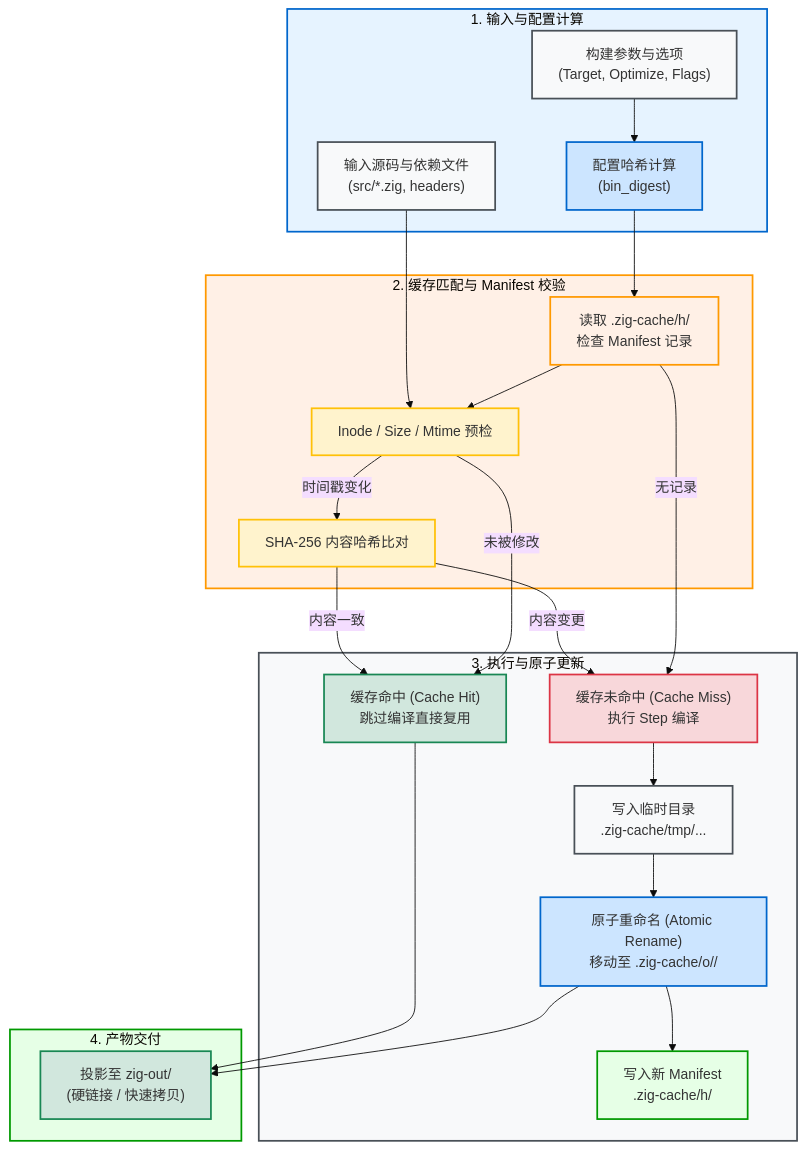
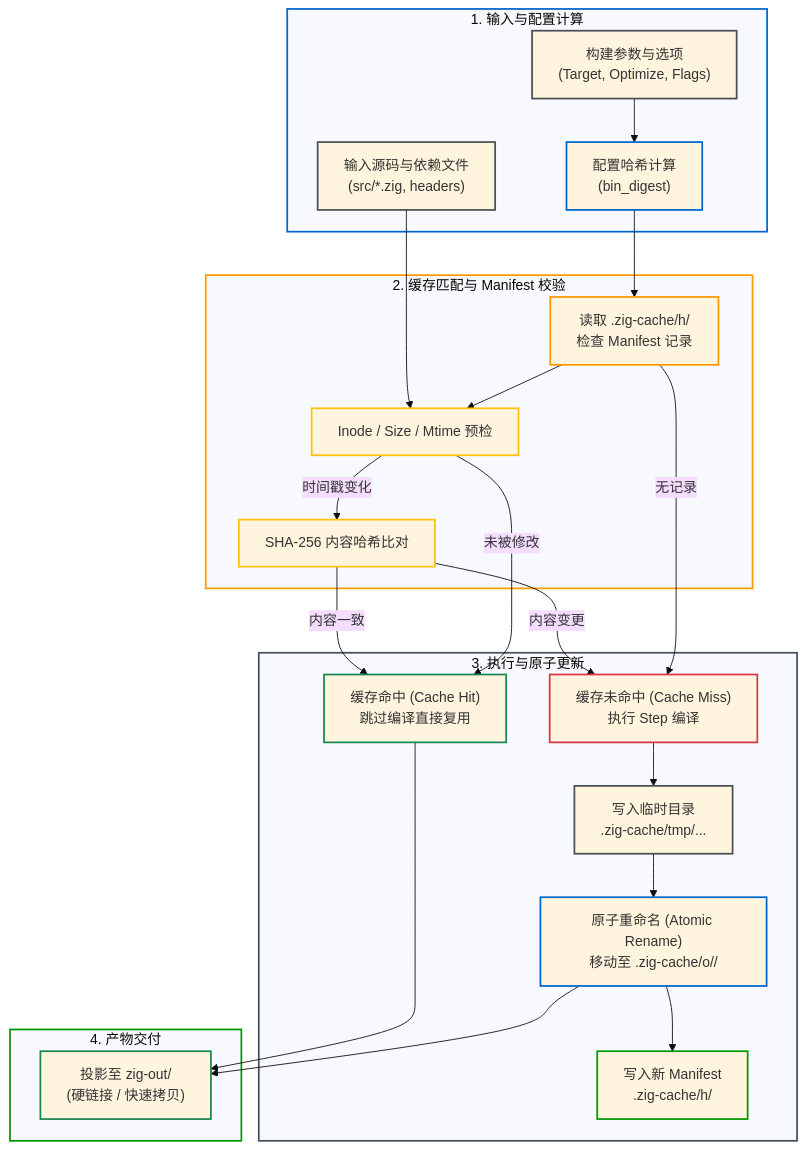
The second of 2 diagrams in zig-build/src/concepts/package-and-cache.md (jiacai2050/x), drawn with Mermaid (base theme) before and after one commit. The commit also changed other lines of this file and 65 other files, not shown here.

````diff
--- a/zig-build/src/concepts/package-and-cache.md
+++ b/zig-build/src/concepts/package-and-cache.md
@@ -195,63 +195,63 @@
 ```mermaid
 graph TD
     subgraph S_Inputs ["1. 输入与配置计算"]
         Cfg["构建参数与选项<br/>(Target, Optimize, Flags)"]
         Src["输入源码与依赖文件<br/>(src/*.zig, headers)"]
         Hash1["配置哈希计算<br/>(bin_digest)"]
 
         Cfg --> Hash1
     end
 
     subgraph S_Cache ["2. 缓存匹配与 Manifest 校验"]
         M_Check["读取 .zig-cache/h/<digest><br/>检查 Manifest 记录"]
         Fast_Stat["Inode / Size / Mtime 预检"]
         Sha_Check["SHA-256 内容哈希比对"]
 
         Hash1 --> M_Check
         Src --> Fast_Stat
         M_Check --> Fast_Stat
         Fast_Stat -- "时间戳变化" --> Sha_Check
     end
 
     subgraph S_Exec ["3. 执行与原子更新"]
         Hit["缓存命中 (Cache Hit)<br/>跳过编译直接复用"]
         Miss["缓存未命中 (Cache Miss)<br/>执行 Step 编译"]
         Tmp["写入临时目录<br/>.zig-cache/tmp/..."]
         Atomic["原子重命名 (Atomic Rename)<br/>移动至 .zig-cache/o/<digest>/"]
         M_Write["写入新 Manifest<br/>.zig-cache/h/<digest>"]
 
         Sha_Check -- "内容一致" --> Hit
         Fast_Stat -- "未被修改" --> Hit
         Sha_Check -- "内容变更" --> Miss
         M_Check -- "无记录" --> Miss
         Miss --> Tmp
         Tmp --> Atomic
         Atomic --> M_Write
     end
 
     subgraph S_Install ["4. 产物交付"]
         Out["投影至 zig-out/<br/>(硬链接 / 快速拷贝)"]
 
         Hit --> Out
         Atomic --> Out
     end
 
-    classDef default fill:#f8f9fa,stroke:#495057;
-    style S_Inputs fill:#e6f3ff,stroke:#0066cc,stroke-width:2px;
-    style S_Cache fill:#fff0e6,stroke:#ff9900,stroke-width:2px;
-    style S_Exec fill:#f8f9fa,stroke:#495057,stroke-width:2px;
-    style S_Install fill:#e6ffe6,stroke:#009900,stroke-width:2px;
+    classDef default stroke:#495057;
+    style S_Inputs stroke:#0066cc,stroke-width:2px;
+    style S_Cache stroke:#ff9900,stroke-width:2px;
+    style S_Exec stroke:#495057,stroke-width:2px;
+    style S_Install stroke:#009900,stroke-width:2px;
 
-    style Cfg fill:#f8f9fa,stroke:#495057,stroke-width:2px;
-    style Src fill:#f8f9fa,stroke:#495057,stroke-width:2px;
-    style Hash1 fill:#cce5ff,stroke:#0066cc,stroke-width:2px;
-    style M_Check fill:#fff0e6,stroke:#ff9900,stroke-width:2px;
-    style Fast_Stat fill:#fff3cd,stroke:#ffc107,stroke-width:2px;
-    style Sha_Check fill:#fff3cd,stroke:#ffc107,stroke-width:2px;
-    style Hit fill:#d1e7dd,stroke:#198754,stroke-width:2px;
-    style Miss fill:#f8d7da,stroke:#dc3545,stroke-width:2px;
-    style Tmp fill:#f8f9fa,stroke:#495057,stroke-width:2px;
-    style Atomic fill:#cce5ff,stroke:#0066cc,stroke-width:2px;
-    style M_Write fill:#e6ffe6,stroke:#009900,stroke-width:2px;
-    style Out fill:#d1e7dd,stroke:#198754,stroke-width:2px;
+    style Cfg stroke:#495057,stroke-width:2px;
+    style Src stroke:#495057,stroke-width:2px;
+    style Hash1 stroke:#0066cc,stroke-width:2px;
+    style M_Check stroke:#ff9900,stroke-width:2px;
+    style Fast_Stat stroke:#ffc107,stroke-width:2px;
+    style Sha_Check stroke:#ffc107,stroke-width:2px;
+    style Hit stroke:#198754,stroke-width:2px;
+    style Miss stroke:#dc3545,stroke-width:2px;
+    style Tmp stroke:#495057,stroke-width:2px;
+    style Atomic stroke:#0066cc,stroke-width:2px;
+    style M_Write stroke:#009900,stroke-width:2px;
+    style Out stroke:#198754,stroke-width:2px;
 ```
````
